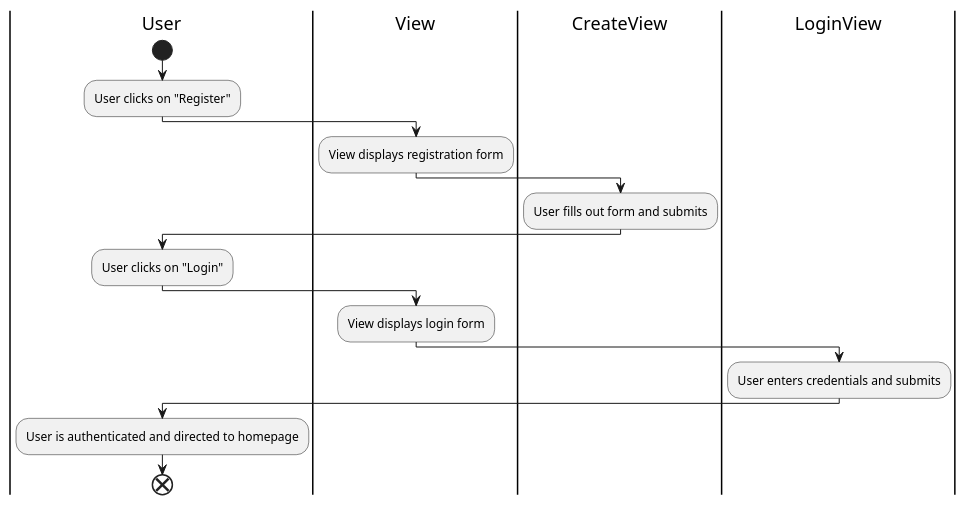
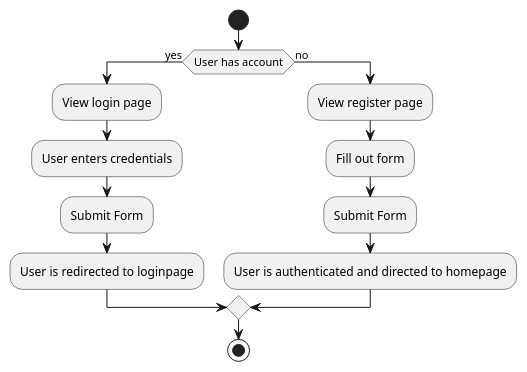
Before and after one commit to mrhaffner/job_bidding_board: the diagram in diagrams/Activity_diagram_ Register User_Login.puml, drawn with PlantUML. The commit also changed 6 other files, not shown here.

Commit message:
final diagrams

```diff
--- a/diagrams/Activity_diagram_ Register User_Login.puml
+++ b/diagrams/Activity_diagram_ Register User_Login.puml
@@ -1,18 +1,19 @@
 @startuml
-|User|
+
 start
-:User clicks on "Register";
-|View|
-:View displays registration form;
-|CreateView|
-:User fills out form and submits;
-|User|
-:User clicks on "Login";
-|View|
-:View displays login form;
-|LoginView|
-:User enters credentials and submits;
-|User|
+
+if (User has account) then (yes)
+ :View login page;
+ :User enters credentials;
+ :Submit Form;
+:User is redirected to loginpage;
+else (no)
+:View register page;
+:Fill out form;
+:Submit Form;
 :User is authenticated and directed to homepage;
-end
+
+endif
+
+stop
 @enduml
```
